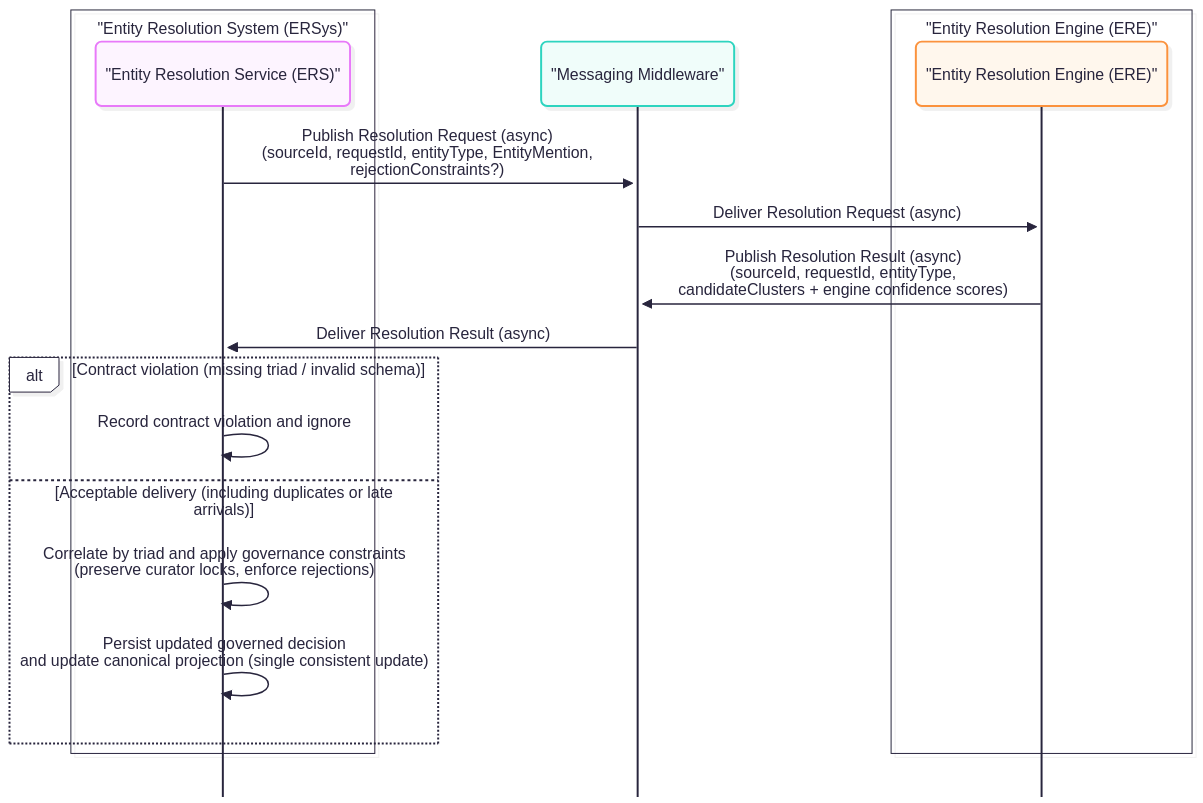
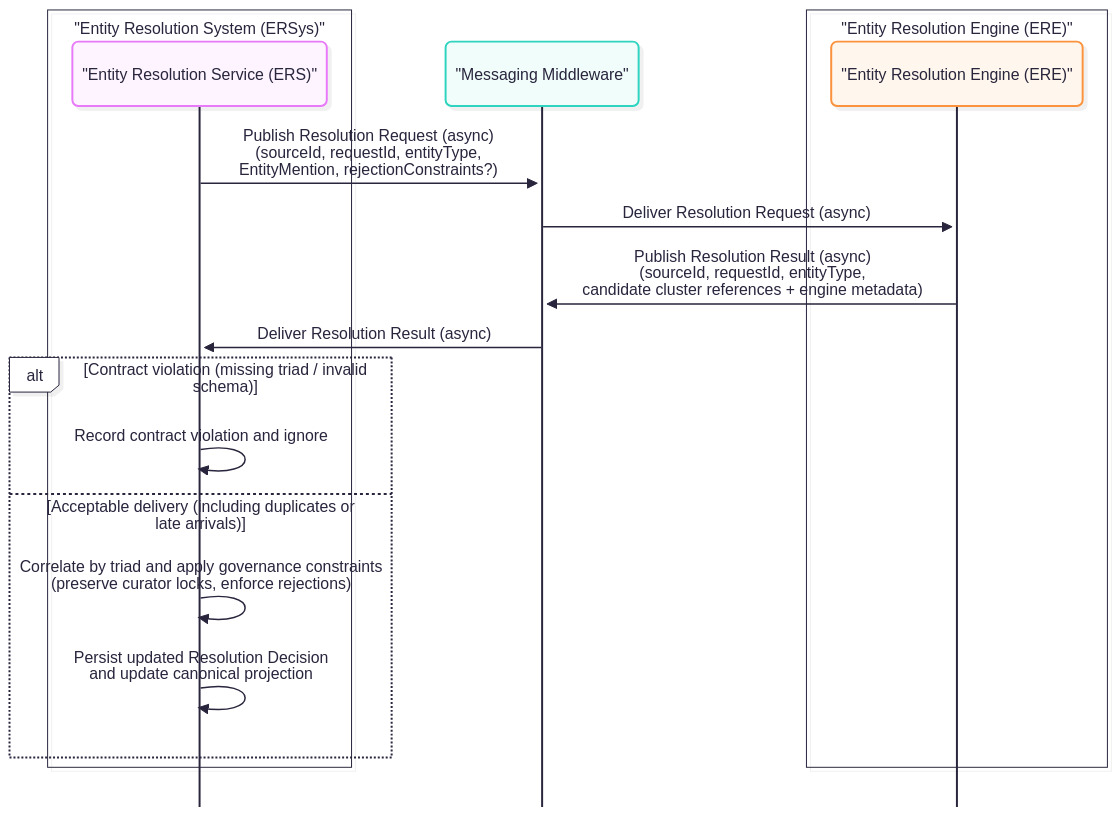
One commit to OP-TED/entity-resolution-spec changed the diagram in docs/architecture/sequence_diagrams/spine-B-ERS-ERE-async-exchange(simplified).mmd. Above: the diagram before and after it, drawn with Mermaid. The commit also changed 8 other files, not shown here.

First line of the commit message:
update the diagrams

```diff
--- a/docs/architecture/sequence_diagrams/spine-B-ERS-ERE-async-exchange(simplified).mmd
+++ b/docs/architecture/sequence_diagrams/spine-B-ERS-ERE-async-exchange(simplified).mmd
@@ -1,45 +1,48 @@
 ---
 config:
   look: neo
   theme: redux-color
   mirrorActors: false
   sequence:
     bottomMarginAdj: 0.1
 ---
 sequenceDiagram
 %% Maps to EA diagram: UML Sequence (Spine B – simplified)
 %% Purpose: ERS–ERE asynchronous proposal exchange and governance-first integration.
-%% Focus: triad correlation, advisory results, idempotent absorption, and projection update as an architectural outcome.
-%% Excludes: store-level choreography, scoring internals, pruning policy detail, and client-facing REST.
+%% Focus: triad correlation, advisory engine outputs, and governed state update.
+%% Excludes: client REST flows, detailed store choreography, scoring internals,
+%% pruning mechanics, curation UI, and rebuild initiation.
 
 box "Entity Resolution System (ERSys)"
     participant ERS as "Entity Resolution Service (ERS)"
 end
 
 participant MessagingMiddleware as "Messaging Middleware"
 
 box "Entity Resolution Engine (ERE)"
     participant ERE as "Entity Resolution Engine (ERE)"
 end
 
-%% --- Request (triggered by Spine A or rebuild replay) ---
-ERS ->> MessagingMiddleware: Publish Resolution Request (async)<br/>(sourceId, requestId, entityType, EntityMention,<br/>rejectionConstraints?)
+%% --- Request (triggered by Spine A or rebuild processing) ---
+ERS ->> MessagingMiddleware: Publish Resolution Request (async)<br/>(sourceId, requestId, entityType,<br/>EntityMention, rejectionConstraints?)
 MessagingMiddleware ->> ERE: Deliver Resolution Request (async)
 
-%% --- Result (advisory proposal) ---
-ERE ->> MessagingMiddleware: Publish Resolution Result (async)<br/>(sourceId, requestId, entityType,<br/>candidateClusters + engine confidence scores)
+%% --- Advisory result ---
+ERE ->> MessagingMiddleware: Publish Resolution Result (async)<br/>(sourceId, requestId, entityType,<br/>candidate cluster references + engine metadata)
 MessagingMiddleware ->> ERS: Deliver Resolution Result (async)
 
 %% --- Governance-first integration ---
 alt Contract violation (missing triad / invalid schema)
     ERS ->> ERS: Record contract violation and ignore
 else Acceptable delivery (including duplicates or late arrivals)
     ERS ->> ERS: Correlate by triad and apply governance constraints<br/>(preserve curator locks, enforce rejections)
-    ERS ->> ERS: Persist updated governed decision<br/>and update canonical projection (single consistent update)
+    ERS ->> ERS: Persist updated Resolution Decision<br/>and update canonical projection
 end
 
-%% note right of ERS
-%%   ERE outputs are proposals only.
-%%   Messaging is at-least-once, so ERS tolerates duplicates and lateness.
-%%   The canonical assignment exposed by lookup reflects the current governed decision.
-%% end
+%% note right of ERS:
+%%   ERE outputs are advisory proposals only.
+%%   Messaging is at-least-once; ERS tolerates duplicates and lateness.
+%%   Integration may occur after a client resolve has completed:
+%%   - governance state is updated,
+%%   - no callbacks or notifications are triggered,
+%%   - completed client requests are not retroactively altered.
```
